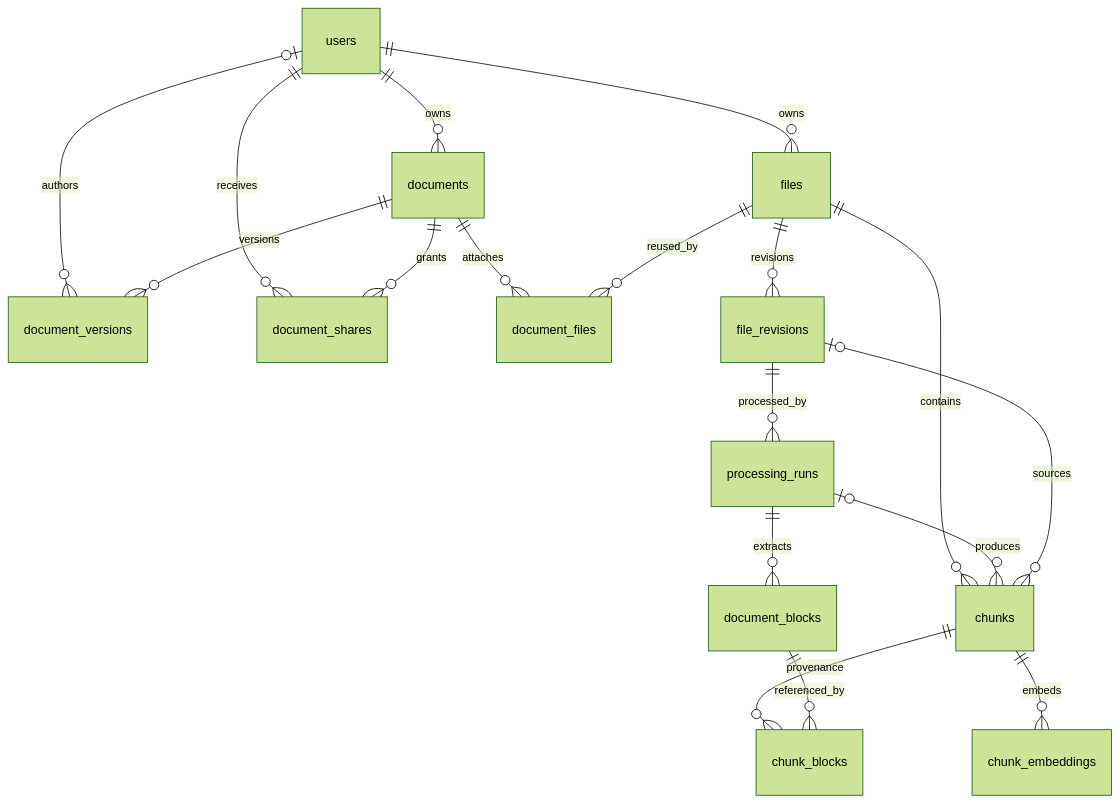
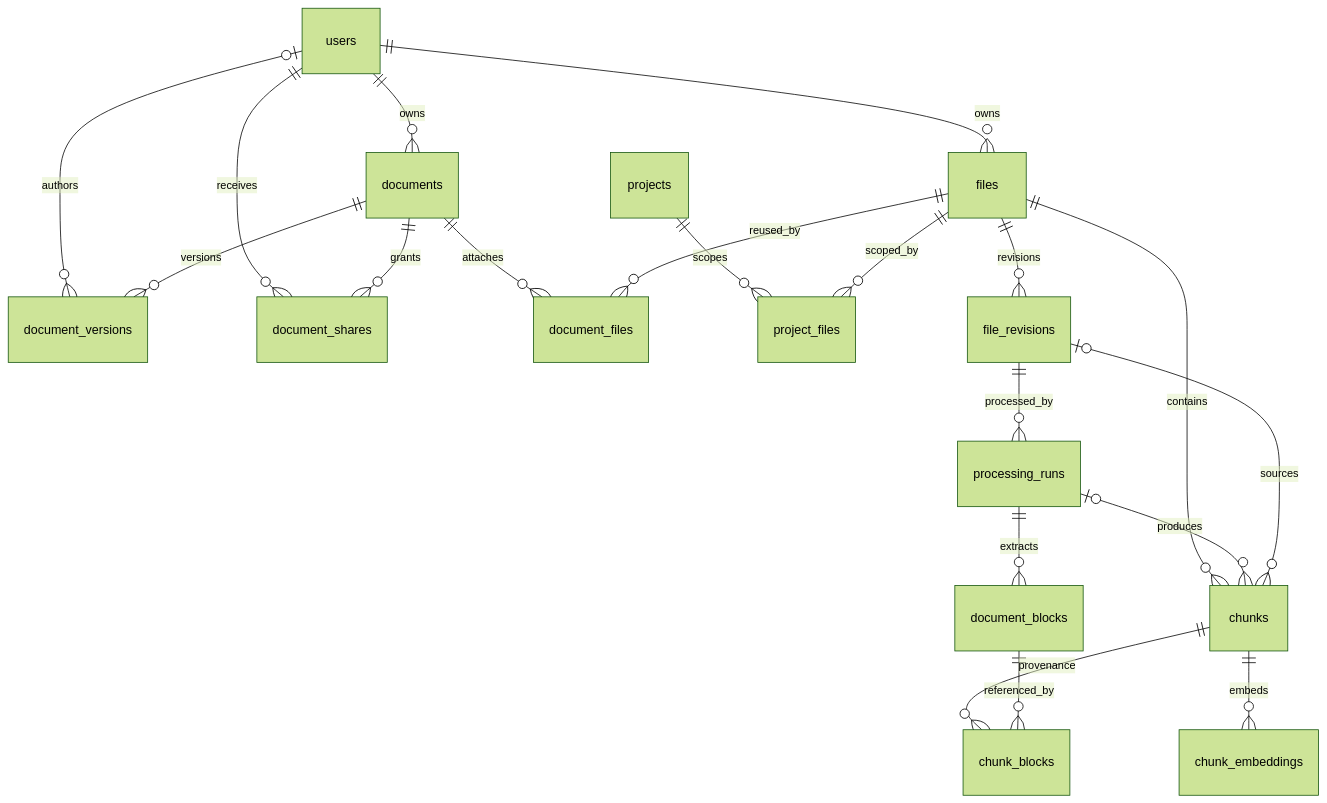
The diagram in docs/database-low-level-design.md (CodeCanvasOrg/capstone_demo), drawn with Mermaid (forest theme) before and after one commit. The commit also changed other lines of this file and 47 other files, not shown here.

````diff
--- a/docs/database-low-level-design.md
+++ b/docs/database-low-level-design.md
@@ -28,20 +28,22 @@
 ```mermaid
 erDiagram
     users ||--o{ documents : owns
     users ||--o{ files : owns
     users |o--o{ document_versions : authors
     users ||--o{ document_shares : receives
     documents ||--o{ document_versions : versions
     documents ||--o{ document_shares : grants
     documents ||--o{ document_files : attaches
     files ||--o{ document_files : reused_by
+    projects ||--o{ project_files : scopes
+    files ||--o{ project_files : scoped_by
     files ||--o{ file_revisions : revisions
     file_revisions ||--o{ processing_runs : processed_by
     processing_runs ||--o{ document_blocks : extracts
     files ||--o{ chunks : contains
     processing_runs |o--o{ chunks : produces
     file_revisions |o--o{ chunks : sources
     chunks ||--o{ chunk_blocks : provenance
     document_blocks ||--o{ chunk_blocks : referenced_by
     chunks ||--o{ chunk_embeddings : embeds
 ```
````
